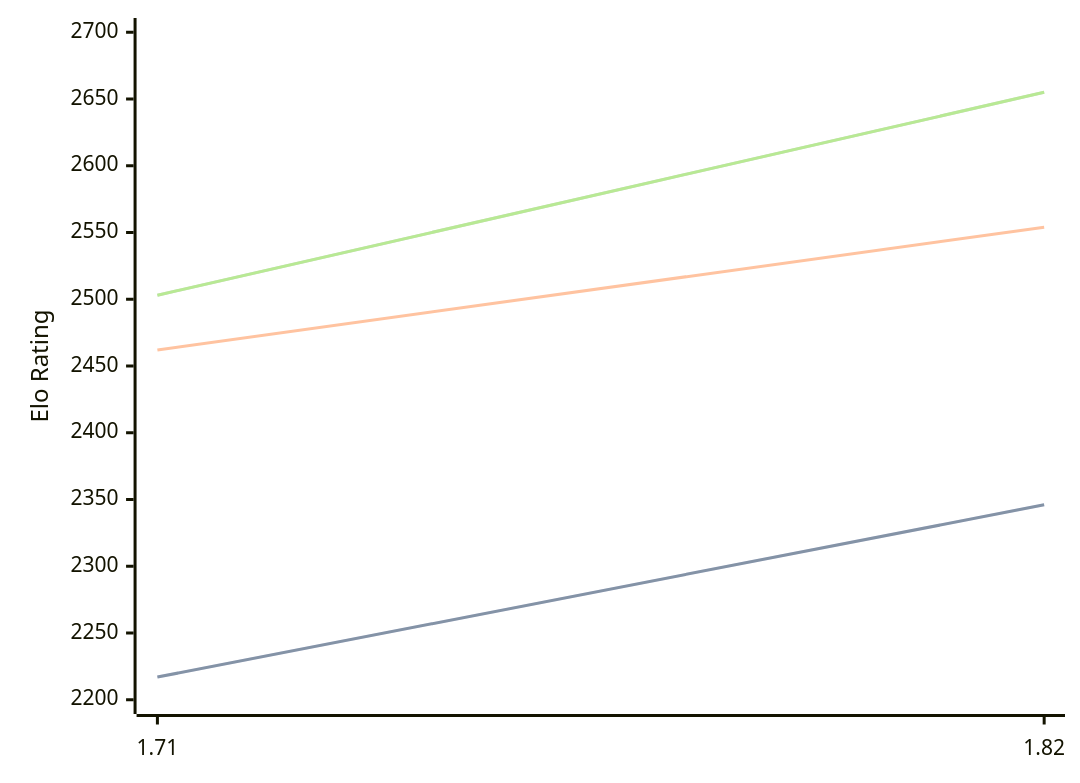
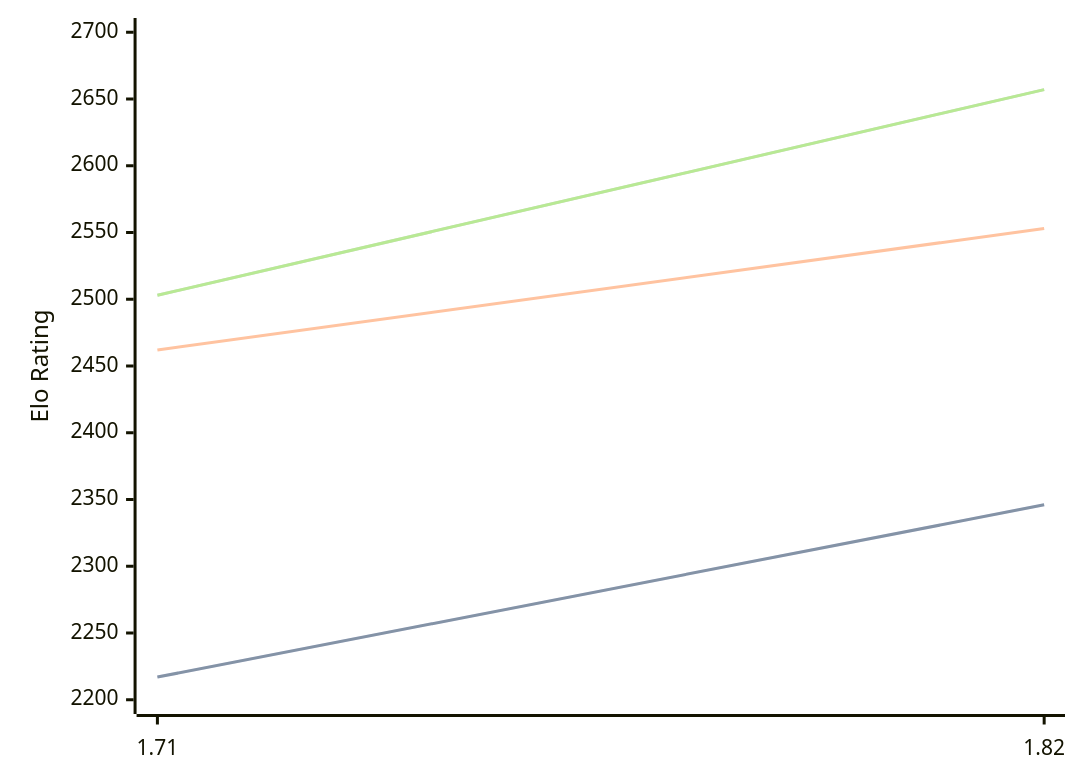
One commit to computer-chess-index/cci changed the diagram in engines/Amira.md. Above: the diagram before and after it, drawn with Mermaid. The commit also changed other lines of this file, not shown here.

Commit message:
Update CCI Ratings (ELO VLTC) - 2026-04-04

````diff
--- a/engines/Amira.md
+++ b/engines/Amira.md
@@ -35,11 +35,11 @@
 ```mermaid
 %%{init: {"theme":"base","themeVariables":{"seriesColors:['#a3a3a3','#222221','#faa371']}}}%%
 xychart-beta
   x-axis ["1.71", "1.82"]
   y-axis "Elo Rating" 2200 --> 2700
   line "STC (8.0+0.08s)" [2217, 2346]
   line "STC (8.0+0.08s)" [2217, 2346]
-  line "LTC (60.0+0.60s)" [2462, 2554]
-  line "VLTC (2m24s+1.12s)" [2503, 2655]
-  line "VLTC (2m24s+1.12s)" [2503, 2655]
+  line "LTC (60.0+0.60s)" [2462, 2553]
+  line "VLTC (2m24s+1.12s)" [2503, 2657]
+  line "VLTC (2m24s+1.12s)" [2503, 2657]
 ```
````
